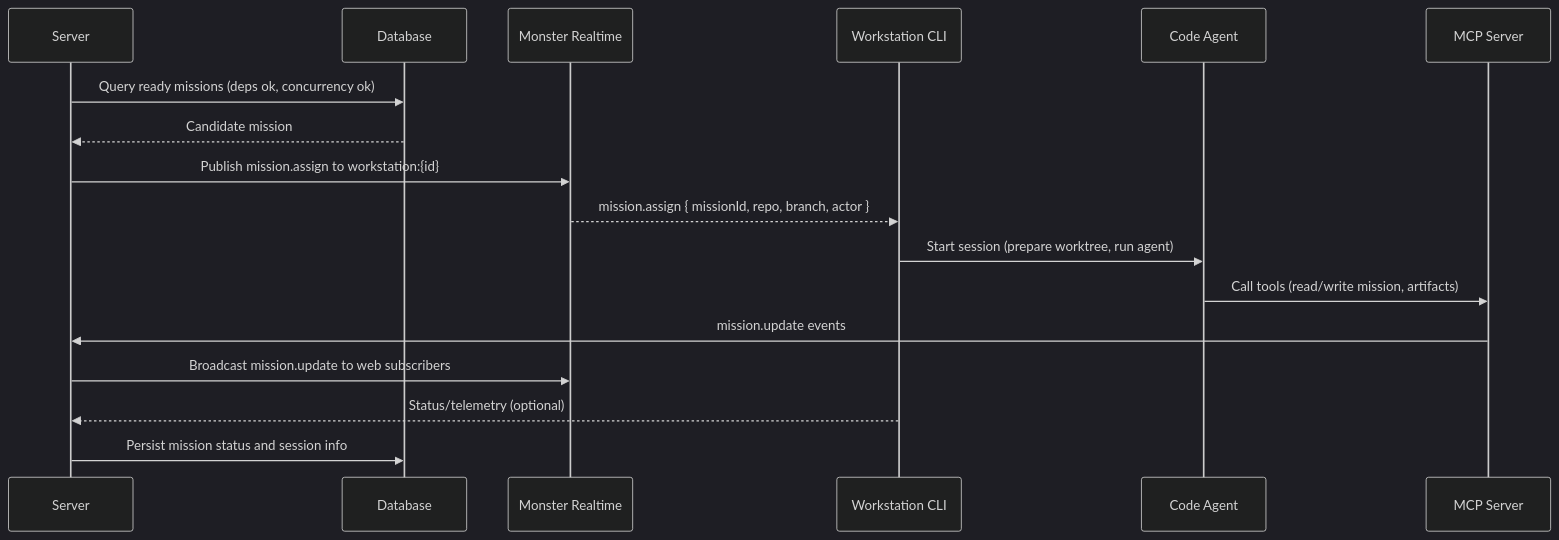
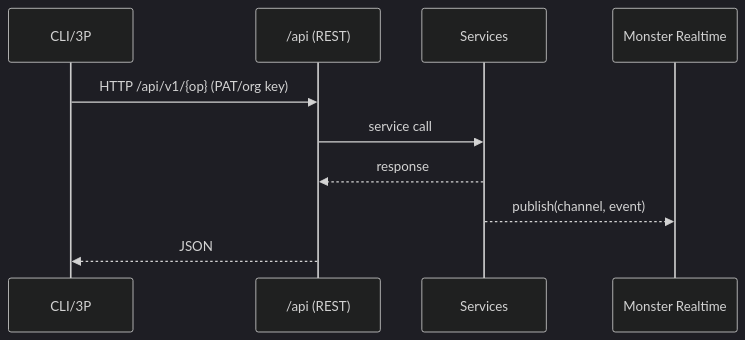
The fourth of 5 diagrams in docs/architecture.md (ivawzh/v0-bun-hono-tanstack-router), drawn with Mermaid (dark theme) before and after one commit. The commit also changed other lines of this file and 26 other files, not shown here.

````diff
--- a/docs/architecture.md
+++ b/docs/architecture.md
@@ -352,20 +150,12 @@
 ```mermaid
 sequenceDiagram
-    participant S as Server
-    participant DB as Database
-    participant RT as Monster Realtime
-    participant CLI as Workstation CLI
-    participant CA as Code Agent
-    participant MCP as MCP Server
-
-    S->>DB: Query ready missions (deps ok, concurrency ok)
-    DB-->>S: Candidate mission
-    S->>RT: Publish mission.assign to workstation:{id}
-    RT-->>CLI: mission.assign { missionId, repo, branch, actor }
-    CLI->>CA: Start session (prepare worktree, run agent)
-    CA->>MCP: Call tools (read/write mission, artifacts)
-    MCP->>S: mission.update events
-    S->>RT: Broadcast mission.update to web subscribers
-    CLI-->>S: Status/telemetry (optional)
-    S->>DB: Persist mission status and session info
+  participant CLI as CLI/3P
+  participant API as /api (REST)
+  participant S as Services
+  participant MR as Monster Realtime
+  CLI->>API: HTTP /api/v1/{op} (PAT/org key)
+  API->>S: service call
+  S-->>API: response
+  S-->>MR: publish(channel, event)
+  API-->>CLI: JSON
 ```
````
